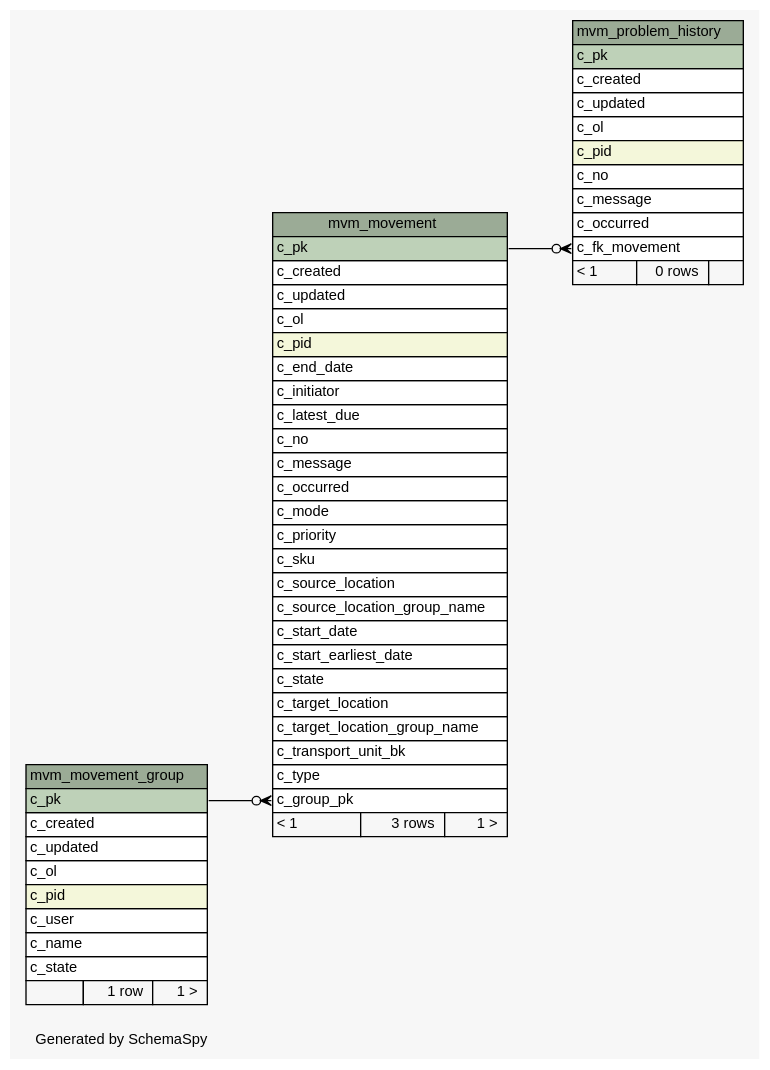
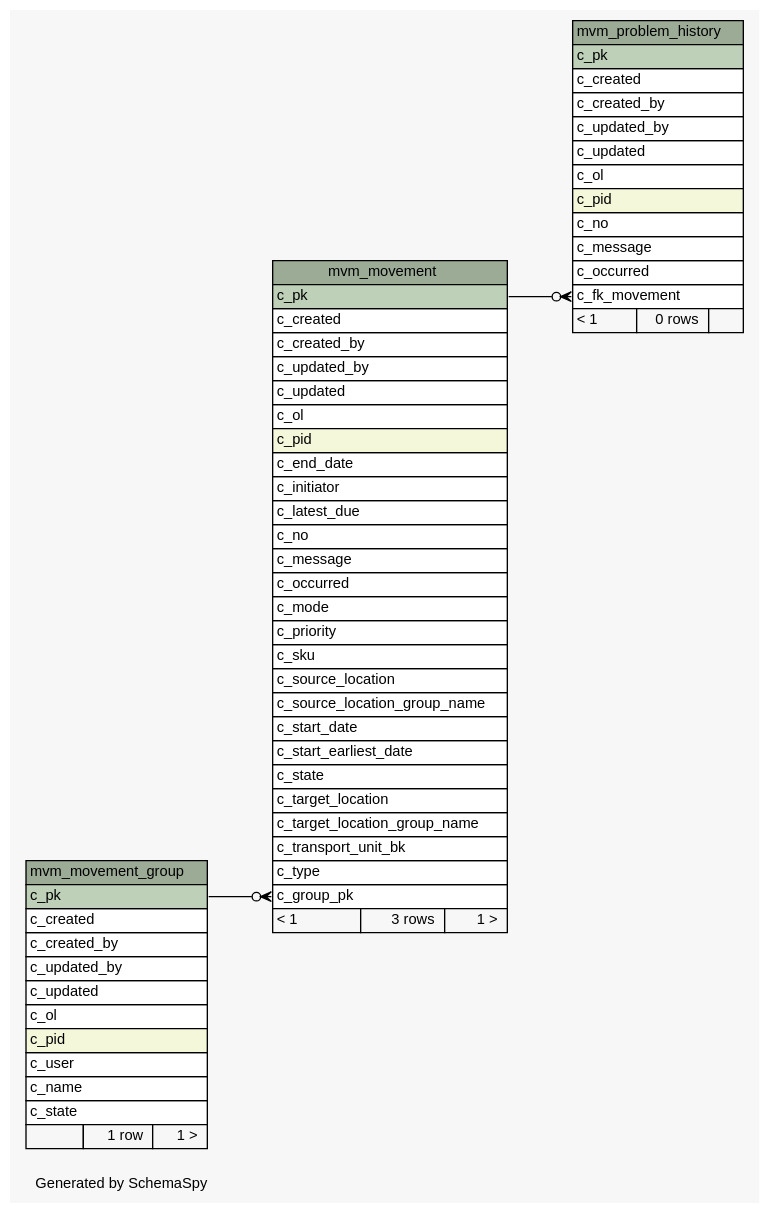
One commit to openwms/org.openwms.wms.movements.lib changed the diagram in 1.0.0-SNAPSHOT/schemaspy/diagrams/summary/relationships.real.large.dot. Above: the diagram before and after it, drawn with Graphviz. The commit also changed 258 other files, not shown here.

```diff
--- a/1.0.0-SNAPSHOT/schemaspy/diagrams/summary/relationships.real.large.dot
+++ b/1.0.0-SNAPSHOT/schemaspy/diagrams/summary/relationships.real.large.dot
@@ -1,92 +1,98 @@
-// dot 2.43.0 on Linux 5.13.0-1022-azure
+// dot 2.43.0 on Linux 5.15.0-1017-azure
 // SchemaSpy rev Unknown
 digraph "largeRelationshipsDiagram" {
   graph [
     rankdir="RL"
     bgcolor="#f7f7f7"
     label="\nGenerated by SchemaSpy"
     labeljust="l"
     nodesep="0.18"
     ranksep="0.46"
     fontname="Helvetica"
     fontsize="11"
   ];
   node [
     fontname="Helvetica"
     fontsize="11"
     shape="plaintext"
   ];
   edge [
     arrowsize="0.8"
   ];
   "mvm_movement" [
     label=<
     <TABLE BORDER="0" CELLBORDER="1" CELLSPACING="0" BGCOLOR="#ffffff">
       <TR><TD COLSPAN="3" BGCOLOR="#9bab96" ALIGN="CENTER">mvm_movement</TD></TR>
       <TR><TD PORT="c_pk" COLSPAN="3" BGCOLOR="#bed1b8" ALIGN="LEFT">c_pk</TD></TR>
       <TR><TD PORT="c_created" COLSPAN="3" ALIGN="LEFT">c_created</TD></TR>
+      <TR><TD PORT="c_created_by" COLSPAN="3" ALIGN="LEFT">c_created_by</TD></TR>
+      <TR><TD PORT="c_updated_by" COLSPAN="3" ALIGN="LEFT">c_updated_by</TD></TR>
       <TR><TD PORT="c_updated" COLSPAN="3" ALIGN="LEFT">c_updated</TD></TR>
       <TR><TD PORT="c_ol" COLSPAN="3" ALIGN="LEFT">c_ol</TD></TR>
       <TR><TD PORT="c_pid" COLSPAN="3" BGCOLOR="#f4f7da" ALIGN="LEFT">c_pid</TD></TR>
       <TR><TD PORT="c_end_date" COLSPAN="3" ALIGN="LEFT">c_end_date</TD></TR>
       <TR><TD PORT="c_initiator" COLSPAN="3" ALIGN="LEFT">c_initiator</TD></TR>
       <TR><TD PORT="c_latest_due" COLSPAN="3" ALIGN="LEFT">c_latest_due</TD></TR>
       <TR><TD PORT="c_no" COLSPAN="3" ALIGN="LEFT">c_no</TD></TR>
       <TR><TD PORT="c_message" COLSPAN="3" ALIGN="LEFT">c_message</TD></TR>
       <TR><TD PORT="c_occurred" COLSPAN="3" ALIGN="LEFT">c_occurred</TD></TR>
       <TR><TD PORT="c_mode" COLSPAN="3" ALIGN="LEFT">c_mode</TD></TR>
       <TR><TD PORT="c_priority" COLSPAN="3" ALIGN="LEFT">c_priority</TD></TR>
       <TR><TD PORT="c_sku" COLSPAN="3" ALIGN="LEFT">c_sku</TD></TR>
       <TR><TD PORT="c_source_location" COLSPAN="3" ALIGN="LEFT">c_source_location</TD></TR>
       <TR><TD PORT="c_source_location_group_name" COLSPAN="3" ALIGN="LEFT">c_source_location_group_name</TD></TR>
       <TR><TD PORT="c_start_date" COLSPAN="3" ALIGN="LEFT">c_start_date</TD></TR>
       <TR><TD PORT="c_start_earliest_date" COLSPAN="3" ALIGN="LEFT">c_start_earliest_date</TD></TR>
       <TR><TD PORT="c_state" COLSPAN="3" ALIGN="LEFT">c_state</TD></TR>
       <TR><TD PORT="c_target_location" COLSPAN="3" ALIGN="LEFT">c_target_location</TD></TR>
       <TR><TD PORT="c_target_location_group_name" COLSPAN="3" ALIGN="LEFT">c_target_location_group_name</TD></TR>
       <TR><TD PORT="c_transport_unit_bk" COLSPAN="3" ALIGN="LEFT">c_transport_unit_bk</TD></TR>
       <TR><TD PORT="c_type" COLSPAN="3" ALIGN="LEFT">c_type</TD></TR>
       <TR><TD PORT="c_group_pk" COLSPAN="3" ALIGN="LEFT">c_group_pk</TD></TR>
       <TR><TD ALIGN="LEFT" BGCOLOR="#f7f7f7">&lt; 1</TD><TD ALIGN="RIGHT" BGCOLOR="#f7f7f7">3 rows</TD><TD ALIGN="RIGHT" BGCOLOR="#f7f7f7">1 &gt;</TD></TR>
     </TABLE>>
     URL="tables/mvm_movement.html"
     tooltip="mvm_movement"
   ];
   "mvm_movement_group" [
     label=<
     <TABLE BORDER="0" CELLBORDER="1" CELLSPACING="0" BGCOLOR="#ffffff">
       <TR><TD COLSPAN="3" BGCOLOR="#9bab96" ALIGN="CENTER">mvm_movement_group</TD></TR>
       <TR><TD PORT="c_pk" COLSPAN="3" BGCOLOR="#bed1b8" ALIGN="LEFT">c_pk</TD></TR>
       <TR><TD PORT="c_created" COLSPAN="3" ALIGN="LEFT">c_created</TD></TR>
+      <TR><TD PORT="c_created_by" COLSPAN="3" ALIGN="LEFT">c_created_by</TD></TR>
+      <TR><TD PORT="c_updated_by" COLSPAN="3" ALIGN="LEFT">c_updated_by</TD></TR>
       <TR><TD PORT="c_updated" COLSPAN="3" ALIGN="LEFT">c_updated</TD></TR>
       <TR><TD PORT="c_ol" COLSPAN="3" ALIGN="LEFT">c_ol</TD></TR>
       <TR><TD PORT="c_pid" COLSPAN="3" BGCOLOR="#f4f7da" ALIGN="LEFT">c_pid</TD></TR>
       <TR><TD PORT="c_user" COLSPAN="3" ALIGN="LEFT">c_user</TD></TR>
       <TR><TD PORT="c_name" COLSPAN="3" ALIGN="LEFT">c_name</TD></TR>
       <TR><TD PORT="c_state" COLSPAN="3" ALIGN="LEFT">c_state</TD></TR>
       <TR><TD ALIGN="LEFT" BGCOLOR="#f7f7f7">  </TD><TD ALIGN="RIGHT" BGCOLOR="#f7f7f7">1 row</TD><TD ALIGN="RIGHT" BGCOLOR="#f7f7f7">1 &gt;</TD></TR>
     </TABLE>>
     URL="tables/mvm_movement_group.html"
     tooltip="mvm_movement_group"
   ];
   "mvm_problem_history" [
     label=<
     <TABLE BORDER="0" CELLBORDER="1" CELLSPACING="0" BGCOLOR="#ffffff">
       <TR><TD COLSPAN="3" BGCOLOR="#9bab96" ALIGN="CENTER">mvm_problem_history</TD></TR>
       <TR><TD PORT="c_pk" COLSPAN="3" BGCOLOR="#bed1b8" ALIGN="LEFT">c_pk</TD></TR>
       <TR><TD PORT="c_created" COLSPAN="3" ALIGN="LEFT">c_created</TD></TR>
+      <TR><TD PORT="c_created_by" COLSPAN="3" ALIGN="LEFT">c_created_by</TD></TR>
+      <TR><TD PORT="c_updated_by" COLSPAN="3" ALIGN="LEFT">c_updated_by</TD></TR>
       <TR><TD PORT="c_updated" COLSPAN="3" ALIGN="LEFT">c_updated</TD></TR>
       <TR><TD PORT="c_ol" COLSPAN="3" ALIGN="LEFT">c_ol</TD></TR>
       <TR><TD PORT="c_pid" COLSPAN="3" BGCOLOR="#f4f7da" ALIGN="LEFT">c_pid</TD></TR>
       <TR><TD PORT="c_no" COLSPAN="3" ALIGN="LEFT">c_no</TD></TR>
       <TR><TD PORT="c_message" COLSPAN="3" ALIGN="LEFT">c_message</TD></TR>
       <TR><TD PORT="c_occurred" COLSPAN="3" ALIGN="LEFT">c_occurred</TD></TR>
       <TR><TD PORT="c_fk_movement" COLSPAN="3" ALIGN="LEFT">c_fk_movement</TD></TR>
       <TR><TD ALIGN="LEFT" BGCOLOR="#f7f7f7">&lt; 1</TD><TD ALIGN="RIGHT" BGCOLOR="#f7f7f7">0 rows</TD><TD ALIGN="RIGHT" BGCOLOR="#f7f7f7">  </TD></TR>
     </TABLE>>
     URL="tables/mvm_problem_history.html"
     tooltip="mvm_problem_history"
   ];
   "mvm_movement":"c_group_pk":w -> "mvm_movement_group":"c_pk":e [arrowhead=none dir=back arrowtail=crowodot];
   "mvm_problem_history":"c_fk_movement":w -> "mvm_movement":"c_pk":e [arrowhead=none dir=back arrowtail=crowodot];
 }
```
